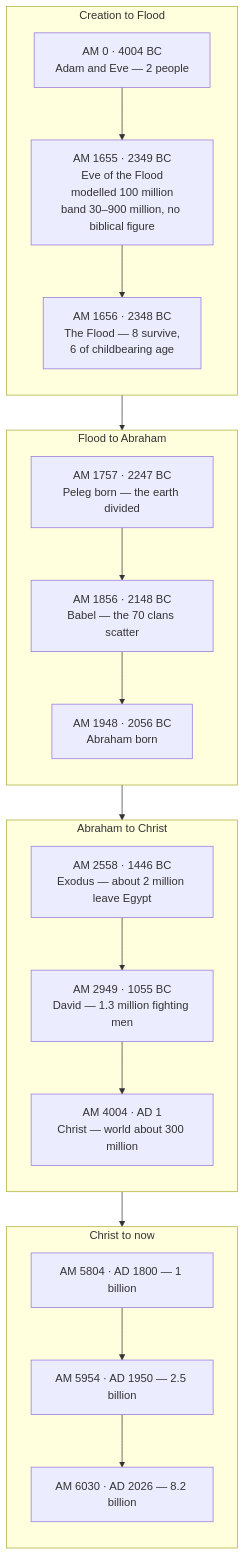
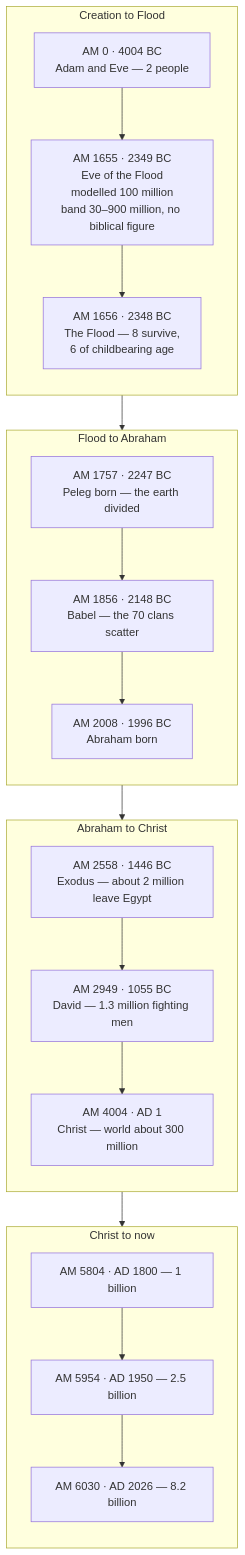
Before and after one commit to ding0t/bible_studies: the first of 3 diagrams in docs/content/god/world-population-declares-gods-creation-and-biblical-truth.md, drawn with Mermaid. The commit also changed other lines of this file and 23 other files, not shown here.

````diff
--- a/docs/content/god/world-population-declares-gods-creation-and-biblical-truth.md
+++ b/docs/content/god/world-population-declares-gods-creation-and-biblical-truth.md
@@ -386,26 +386,26 @@
 ```mermaid
 flowchart TD
     subgraph a["Creation to Flood"]
       direction TB
       A["AM 0 · 4004 BC<br/>Adam and Eve — 2 people"] --> B["AM 1655 · 2349 BC<br/>Eve of the Flood<br/>modelled 100 million<br/>band 30–900 million, no biblical figure"]
       B --> C["AM 1656 · 2348 BC<br/>The Flood — 8 survive,<br/>6 of childbearing age"]
     end
     subgraph b["Flood to Abraham"]
       direction TB
       D["AM 1757 · 2247 BC<br/>Peleg born — the earth divided"] --> E["AM 1856 · 2148 BC<br/>Babel — the 70 clans scatter"]
-      E --> F["AM 1948 · 2056 BC<br/>Abraham born"]
+      E --> F["AM 2008 · 1996 BC<br/>Abraham born"]
     end
     subgraph c["Abraham to Christ"]
       direction TB
       G["AM 2558 · 1446 BC<br/>Exodus — about 2 million leave Egypt"] --> H["AM 2949 · 1055 BC<br/>David — 1.3 million fighting men"]
       H --> I["AM 4004 · AD 1<br/>Christ — world about 300 million"]
     end
     subgraph d["Christ to now"]
       direction TB
       J["AM 5804 · AD 1800 — 1 billion"] --> K["AM 5954 · AD 1950 — 2.5 billion"]
       K --> L["AM 6030 · AD 2026 — 8.2 billion"]
     end
     a --> b
     b --> c
     c --> d
 ```
````
